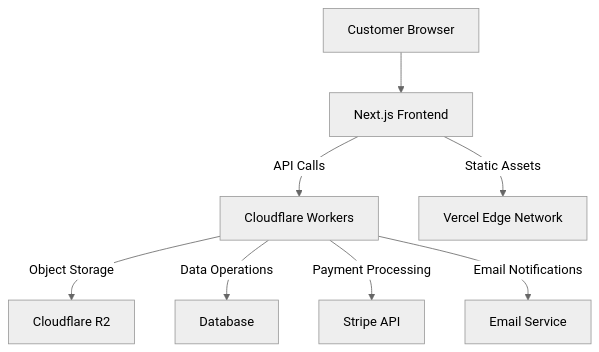
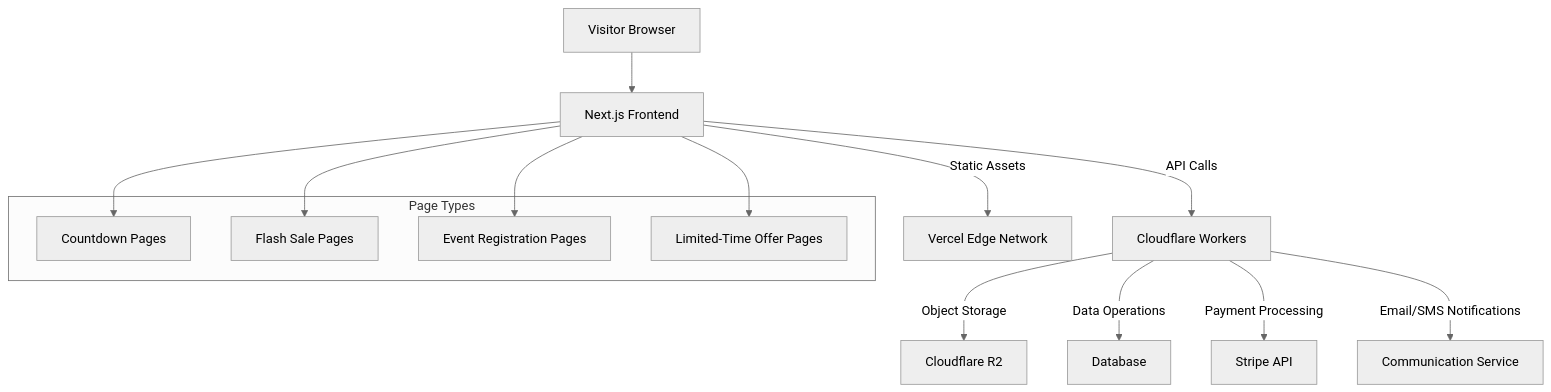
One commit to hkrickybjjdev/digital-sales-monorepo changed the first of 2 diagrams in docs/architecture.md. Above: the diagram before and after it, drawn with Mermaid (neutral theme). The commit also changed other lines of this file and 3 other files, not shown here.

Commit message:
Update architecture documentation for Temporary Pages Platform with enhanced page types and lifecycle management details

````diff
--- a/docs/architecture.md
+++ b/docs/architecture.md
@@ -38,10 +38,22 @@
 ```mermaid
 graph TD
-    A[Customer Browser] --> B[Next.js Frontend]
+    A[Visitor Browser] --> B[Next.js Frontend]
     B -- API Calls --> C[Cloudflare Workers]
     C -- Object Storage --> D[Cloudflare R2]
     C -- Data Operations --> E[Database]
     C -- Payment Processing --> F[Stripe API]
     B -- Static Assets --> G[Vercel Edge Network]
-    C -- Email Notifications --> H[Email Service]
+    C -- Email/SMS Notifications --> H[Communication Service]
+    
+    subgraph "Page Types"
+    I[Countdown Pages]
+    J[Flash Sale Pages]
+    K[Event Registration Pages]
+    L[Limited-Time Offer Pages]
+    end
+    
+    B --> I
+    B --> J
+    B --> K
+    B --> L
 ```
````
